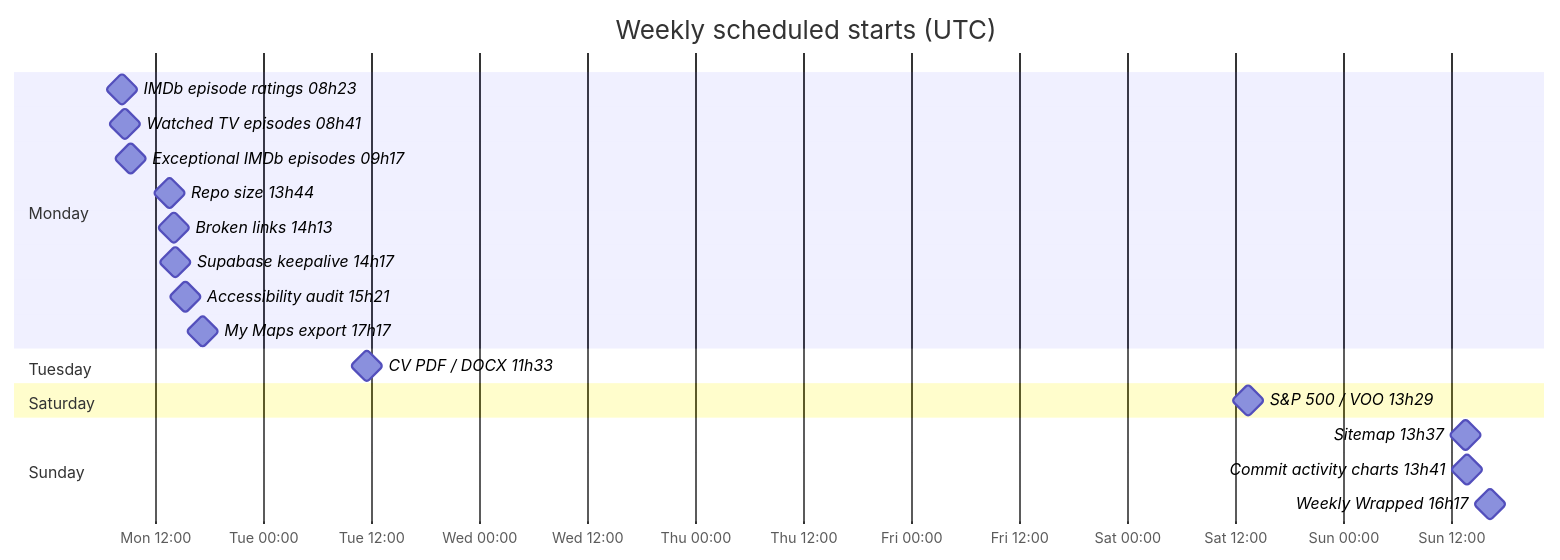
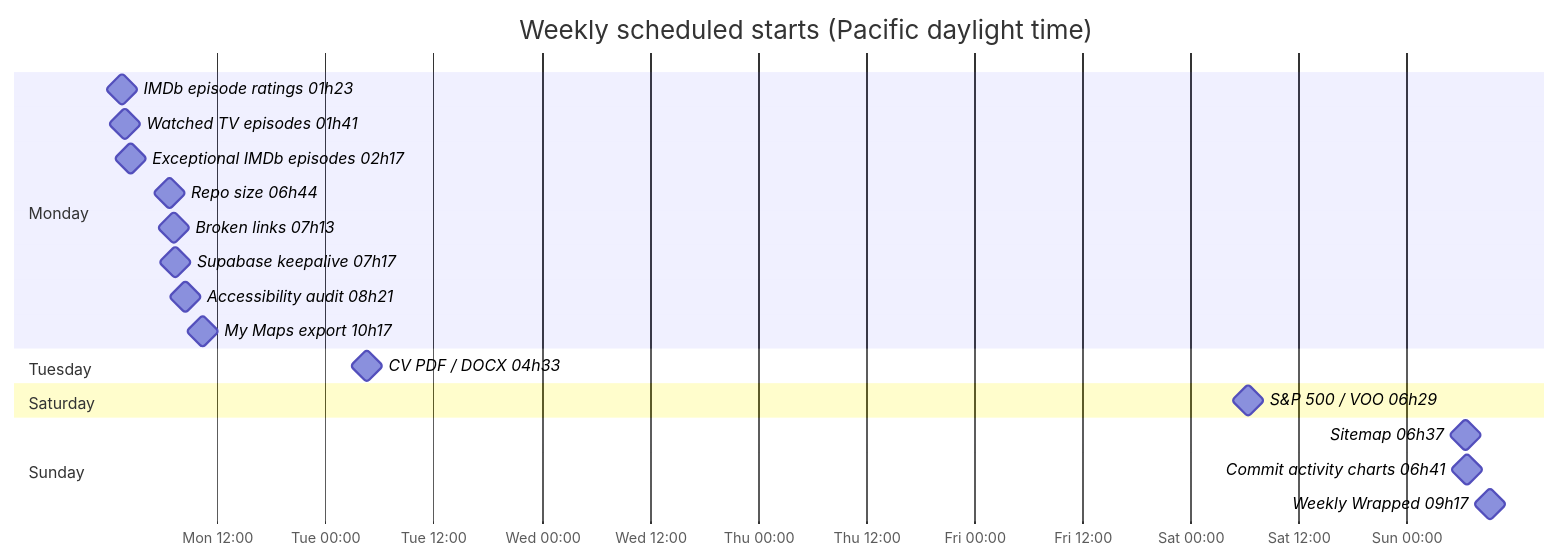
One commit to cavandonohoe/cavandonohoe.github.io changed the second of 3 diagrams in ACTIONS_SCHEDULE.md. Above: the diagram before and after it, drawn with Mermaid. The commit also changed other lines of this file and 3 other files, not shown here.

First line of the commit message:
Show schedule charts as images in Pacific time (#220)

````diff
--- a/ACTIONS_SCHEDULE.md
+++ b/ACTIONS_SCHEDULE.md
@@ -59,24 +72,24 @@
 ```mermaid
 gantt
-    title Weekly scheduled starts (UTC)
+    title Weekly scheduled starts (Pacific daylight time)
     dateFormat YYYY-MM-DD HH:mm
     axisFormat %a %H:%M
     todayMarker off
     section Monday
-    IMDb episode ratings 08h23 :milestone, week1_0, 2026-10-05 08:23, 0m
-    Watched TV episodes 08h41 :milestone, week1_1, 2026-10-05 08:41, 0m
-    Exceptional IMDb episodes 09h17 :milestone, week1_2, 2026-10-05 09:17, 0m
-    Repo size 13h44 :milestone, week1_3, 2026-10-05 13:44, 0m
-    Broken links 14h13 :milestone, week1_4, 2026-10-05 14:13, 0m
-    Supabase keepalive 14h17 :milestone, week1_5, 2026-10-05 14:17, 0m
-    Accessibility audit 15h21 :milestone, week1_6, 2026-10-05 15:21, 0m
-    My Maps export 17h17 :milestone, week1_7, 2026-10-05 17:17, 0m
+    IMDb episode ratings 01h23 :milestone, week1_0, 2026-10-05 01:23, 0m
+    Watched TV episodes 01h41 :milestone, week1_1, 2026-10-05 01:41, 0m
+    Exceptional IMDb episodes 02h17 :milestone, week1_2, 2026-10-05 02:17, 0m
+    Repo size 06h44 :milestone, week1_3, 2026-10-05 06:44, 0m
+    Broken links 07h13 :milestone, week1_4, 2026-10-05 07:13, 0m
+    Supabase keepalive 07h17 :milestone, week1_5, 2026-10-05 07:17, 0m
+    Accessibility audit 08h21 :milestone, week1_6, 2026-10-05 08:21, 0m
+    My Maps export 10h17 :milestone, week1_7, 2026-10-05 10:17, 0m
     section Tuesday
-    CV PDF / DOCX 11h33 :milestone, week2_0, 2026-10-06 11:33, 0m
+    CV PDF / DOCX 04h33 :milestone, week2_0, 2026-10-06 04:33, 0m
     section Saturday
-    S&P 500 / VOO 13h29 :milestone, week6_0, 2026-10-10 13:29, 0m
+    S&P 500 / VOO 06h29 :milestone, week6_0, 2026-10-10 06:29, 0m
     section Sunday
-    Sitemap 13h37 :milestone, week0_0, 2026-10-11 13:37, 0m
-    Commit activity charts 13h41 :milestone, week0_1, 2026-10-11 13:41, 0m
-    Weekly Wrapped 16h17 :milestone, week0_2, 2026-10-11 16:17, 0m
+    Sitemap 06h37 :milestone, week0_0, 2026-10-11 06:37, 0m
+    Commit activity charts 06h41 :milestone, week0_1, 2026-10-11 06:41, 0m
+    Weekly Wrapped 09h17 :milestone, week0_2, 2026-10-11 09:17, 0m
 ```
````
